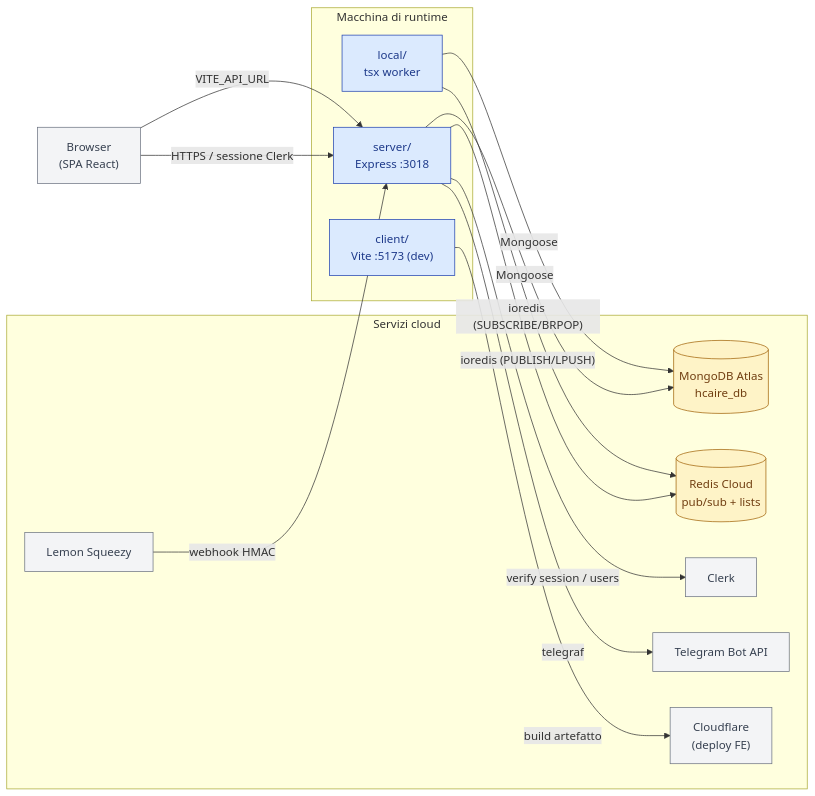
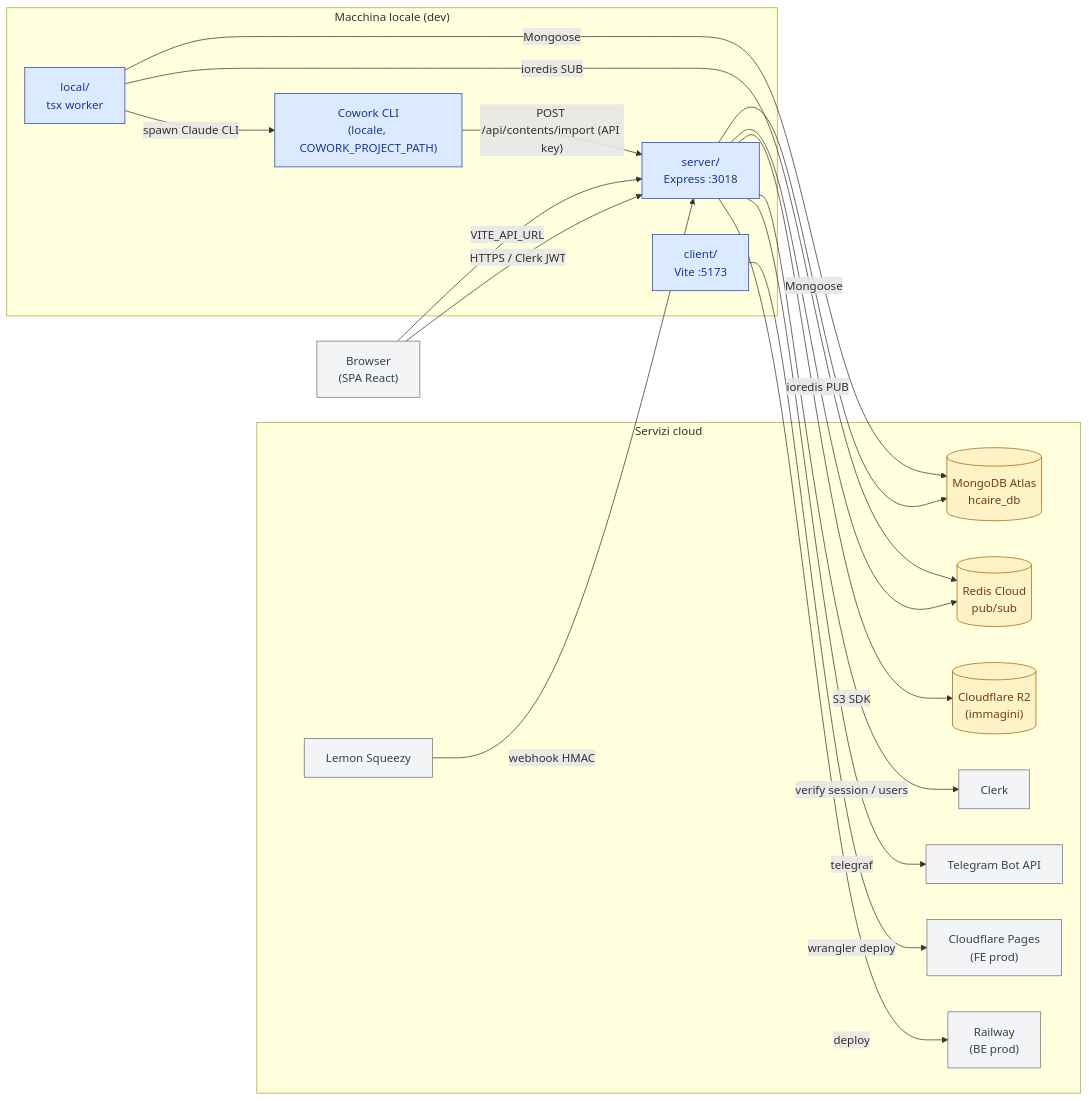
The diagram in docs/10-architecture/stack-tecnologico.md (stfnbssl/hcaire-docs), drawn with Mermaid before and after one commit. The commit also changed other lines of this file and 46 other files, not shown here.

````diff
--- a/docs/10-architecture/stack-tecnologico.md
+++ b/docs/10-architecture/stack-tecnologico.md
@@ -96,34 +111,41 @@
 ```mermaid
 flowchart LR
   classDef proc fill:#dbeafe,stroke:#1e40af,color:#1e3a8a
   classDef ext fill:#f3f4f6,stroke:#6b7280,color:#374151
   classDef storage fill:#fef3c7,stroke:#a16207,color:#713f12
 
   Browser["Browser<br/>(SPA React)"]:::ext
 
-  subgraph LOCAL["Macchina di runtime"]
+  subgraph LOCAL["Macchina locale (dev)"]
     Server["server/<br/>Express :3018"]:::proc
-    Client["client/<br/>Vite :5173 (dev)"]:::proc
+    Client["client/<br/>Vite :5173"]:::proc
     LocalW["local/<br/>tsx worker"]:::proc
+    Cowork["Cowork CLI<br/>(locale, COWORK_PROJECT_PATH)"]:::proc
   end
 
   subgraph CLOUD["Servizi cloud"]
     Mongo[("MongoDB Atlas<br/>hcaire_db")]:::storage
-    Redis[("Redis Cloud<br/>pub/sub + lists")]:::storage
+    Redis[("Redis Cloud<br/>pub/sub")]:::storage
+    R2[("Cloudflare R2<br/>(immagini)")]:::storage
     Clerk["Clerk"]:::ext
     LS["Lemon Squeezy"]:::ext
     TG["Telegram Bot API"]:::ext
-    CF["Cloudflare<br/>(deploy FE)"]:::ext
+    CFPages["Cloudflare Pages<br/>(FE prod)"]:::ext
+    Railway["Railway<br/>(BE prod)"]:::ext
   end
 
-  Browser -- "HTTPS / sessione Clerk" --> Server
+  Browser -- "HTTPS / Clerk JWT" --> Server
   Browser -- "VITE_API_URL" --> Server
-  Client -- "build artefatto" --> CF
+  Client -- "wrangler deploy" --> CFPages
   Server -- "Mongoose" --> Mongo
-  Server -- "ioredis (PUBLISH/LPUSH)" --> Redis
+  Server -- "ioredis PUB" --> Redis
   Server -- "telegraf" --> TG
   Server -- "verify session / users" --> Clerk
+  Server -- "S3 SDK" --> R2
+  Server -- "deploy" --> Railway
   LocalW -- "Mongoose" --> Mongo
-  LocalW -- "ioredis (SUBSCRIBE/BRPOP)" --> Redis
+  LocalW -- "ioredis SUB" --> Redis
+  LocalW -- "spawn Claude CLI" --> Cowork
+  Cowork -- "POST /api/contents/import (API key)" --> Server
   LS -- "webhook HMAC" --> Server
 ```
````
